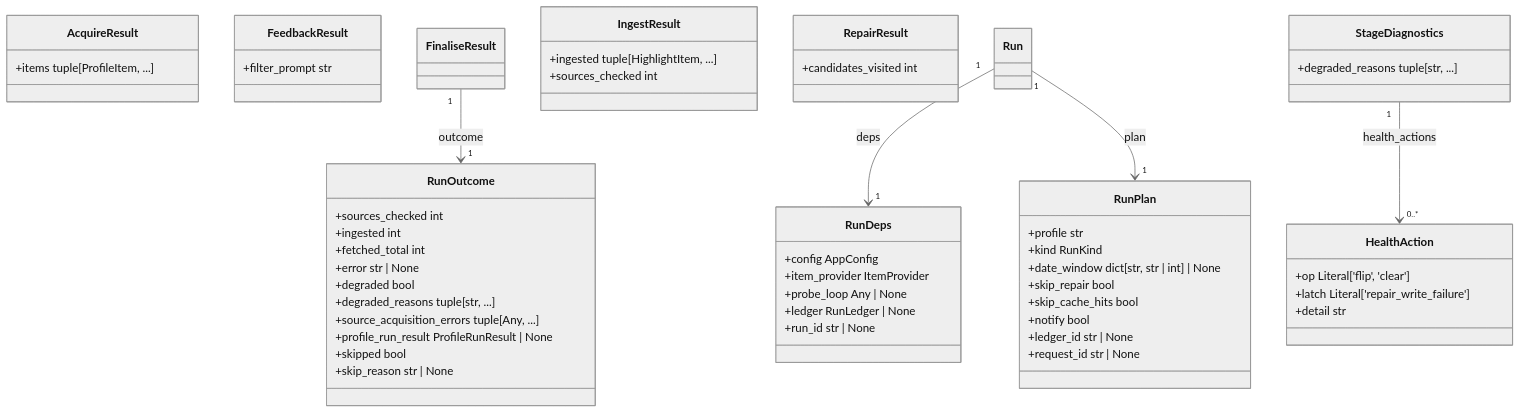
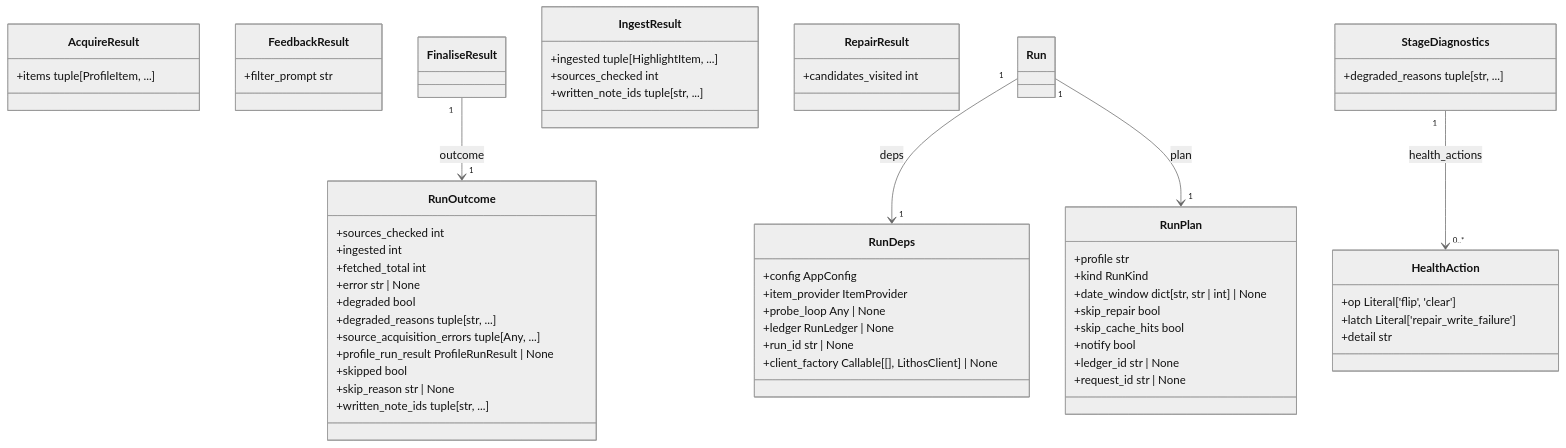
The second of 3 diagrams in docs/generated/domain_model.md (agent-lore/influx), drawn with Mermaid (neutral theme) before and after one commit. The commit also changed 6 other files, not shown here.

First line of the commit message:
refactor(run): inject LithosClient via RunDeps + surface written note ids (finding 6) (#272)

````diff
--- a/docs/generated/domain_model.md
+++ b/docs/generated/domain_model.md
@@ -25,59 +25,62 @@
 ```mermaid
 classDiagram
   class AcquireResult {
     +items tuple[ProfileItem, ...]
   }
   class FeedbackResult {
     +filter_prompt str
   }
   class FinaliseResult
   class HealthAction {
     +op Literal['flip', 'clear']
     +latch Literal['repair_write_failure']
     +detail str
   }
   class IngestResult {
     +ingested tuple[HighlightItem, ...]
     +sources_checked int
+    +written_note_ids tuple[str, ...]
   }
   class RepairResult {
     +candidates_visited int
   }
   class Run
   class RunDeps {
     +config AppConfig
     +item_provider ItemProvider
     +probe_loop Any | None
     +ledger RunLedger | None
     +run_id str | None
+    +client_factory Callable[[], LithosClient] | None
   }
   class RunOutcome {
     +sources_checked int
     +ingested int
     +fetched_total int
     +error str | None
     +degraded bool
     +degraded_reasons tuple[str, ...]
     +source_acquisition_errors tuple[Any, ...]
     +profile_run_result ProfileRunResult | None
     +skipped bool
     +skip_reason str | None
+    +written_note_ids tuple[str, ...]
   }
   class RunPlan {
     +profile str
     +kind RunKind
     +date_window dict[str, str | int] | None
     +skip_repair bool
     +skip_cache_hits bool
     +notify bool
     +ledger_id str | None
     +request_id str | None
   }
   class StageDiagnostics {
     +degraded_reasons tuple[str, ...]
   }
   FinaliseResult "1" --> "1" RunOutcome : outcome
   Run "1" --> "1" RunDeps : deps
   Run "1" --> "1" RunPlan : plan
   StageDiagnostics "1" --> "0..*" HealthAction : health_actions
 ```
````
